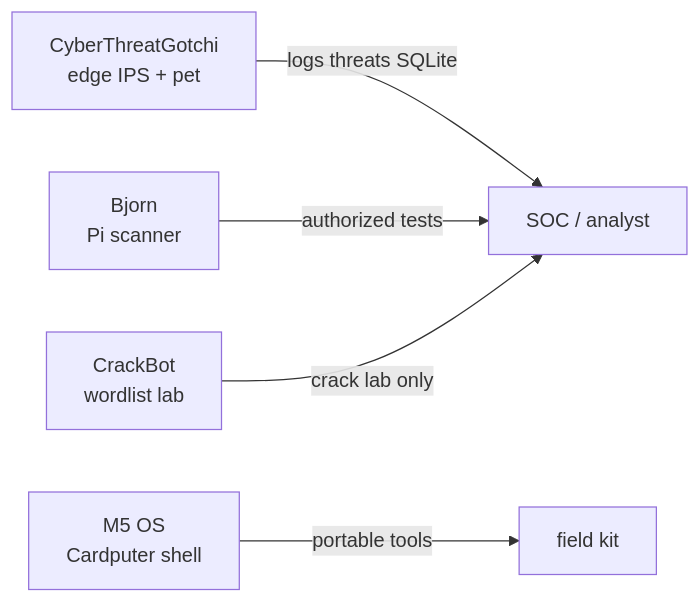
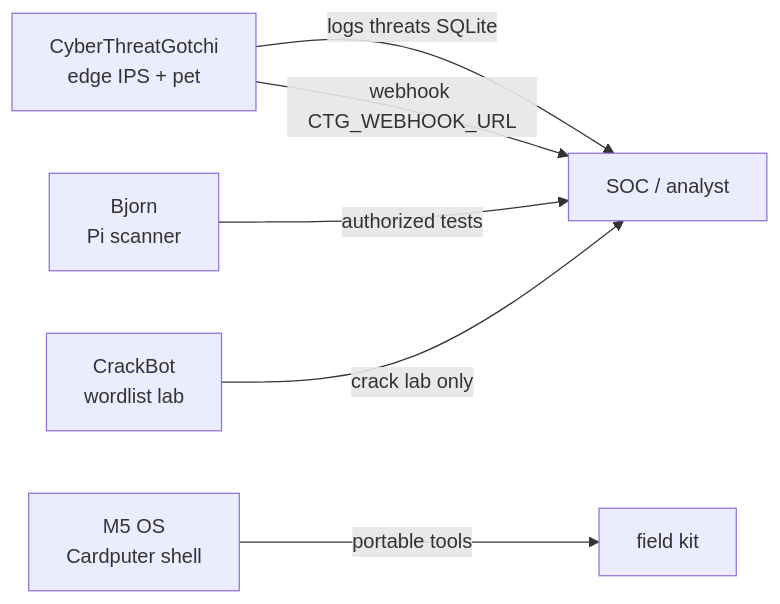
The diagram in docs/ECOSYSTEM.md (salvador-Data/cyberThreatGotchi), drawn with Mermaid before and after one commit. The commit also changed other lines of this file and 11 other files, not shown here.

````diff
--- a/docs/ECOSYSTEM.md
+++ b/docs/ECOSYSTEM.md
@@ -16,12 +16,13 @@
 ```mermaid
 flowchart LR
   CTG[CyberThreatGotchi\nedge IPS + pet]
   BJ[Bjorn\nPi scanner]
   CB[CrackBot\nwordlist lab]
   M5[M5 OS\nCardputer shell]
 
   CTG -->|logs threats SQLite| SOC[SOC / analyst]
+  CTG -->|webhook CTG_WEBHOOK_URL| SOC
   BJ -->|authorized tests| SOC
   CB -->|crack lab only| SOC
   M5 -->|portable tools| FIELD[field kit]
 ```
````
